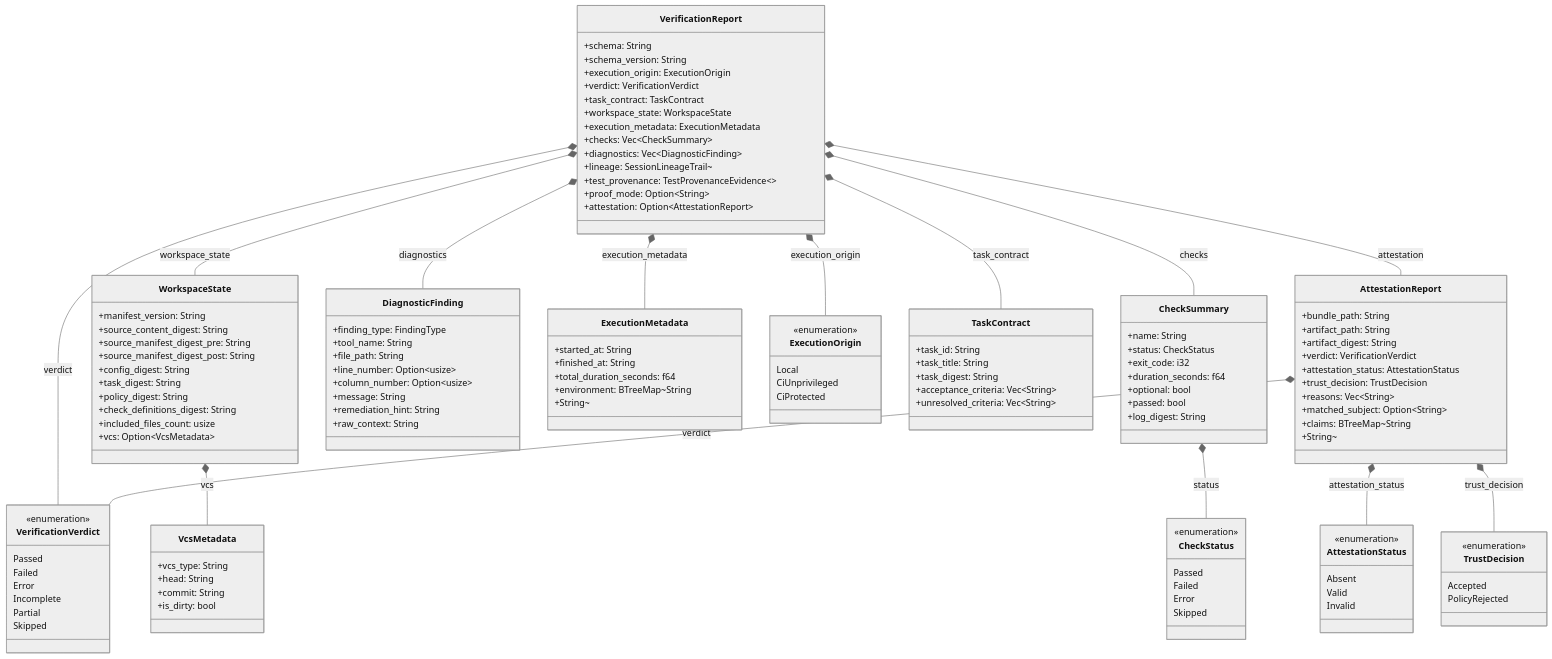
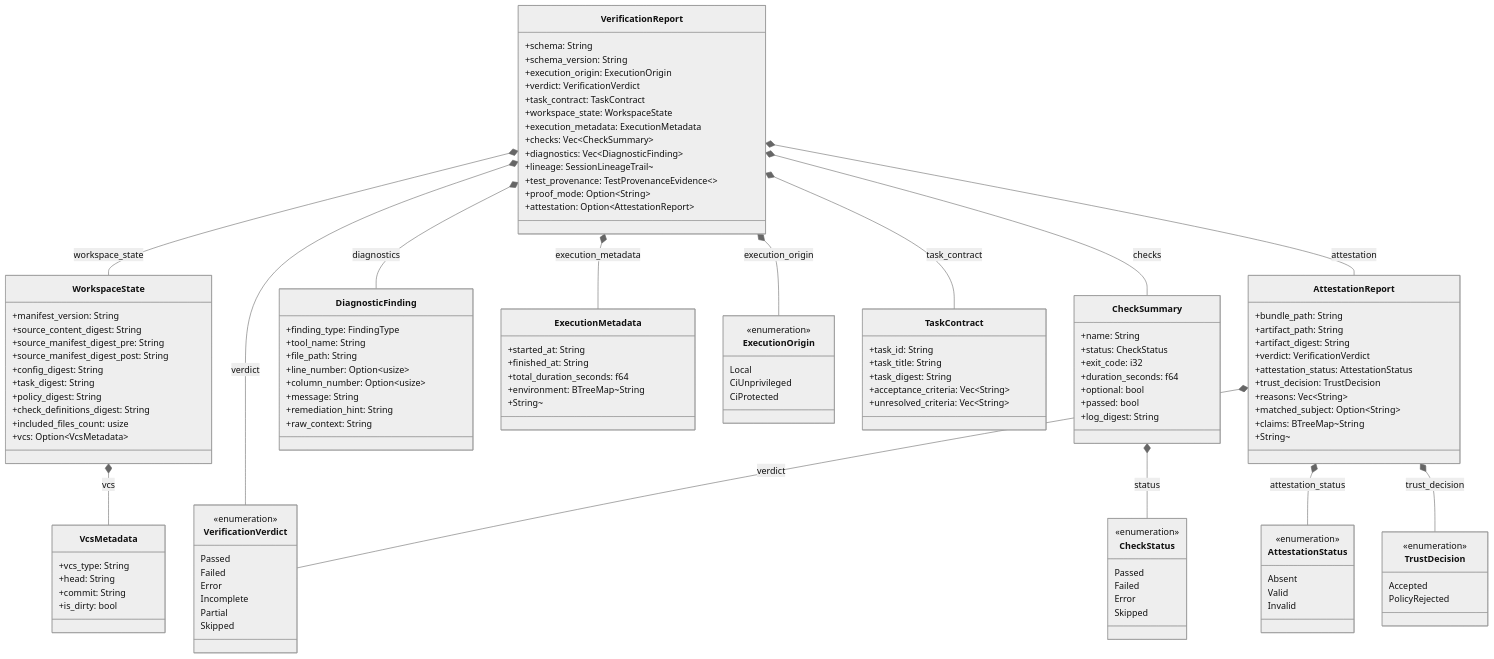
The diagram in docs/architecture/evidence.md (rolfmadsen/xgauntlet), drawn with Mermaid (neutral theme) before and after one commit. The commit also changed other lines of this file and 28 other files, not shown here.

````diff
--- a/docs/architecture/evidence.md
+++ b/docs/architecture/evidence.md
@@ -137,6 +137,10 @@
     }
 
     WorkspaceState *-- VcsMetadata : vcs
+    AttestationReport *-- VerificationVerdict : verdict
+    AttestationReport *-- AttestationStatus : attestation_status
+    AttestationReport *-- TrustDecision : trust_decision
+    CheckSummary *-- CheckStatus : status
     VerificationReport *-- ExecutionOrigin : execution_origin
     VerificationReport *-- VerificationVerdict : verdict
     VerificationReport *-- TaskContract : task_contract
@@ -145,8 +149,4 @@
     VerificationReport *-- CheckSummary : checks
     VerificationReport *-- DiagnosticFinding : diagnostics
     VerificationReport *-- AttestationReport : attestation
-    CheckSummary *-- CheckStatus : status
-    AttestationReport *-- VerificationVerdict : verdict
-    AttestationReport *-- AttestationStatus : attestation_status
-    AttestationReport *-- TrustDecision : trust_decision
 ```
````
